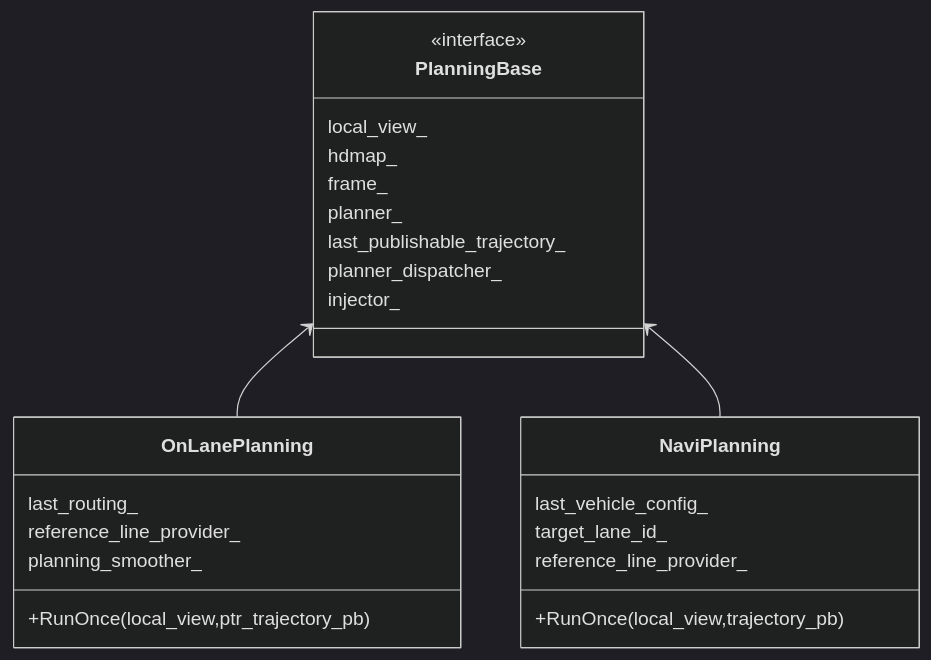
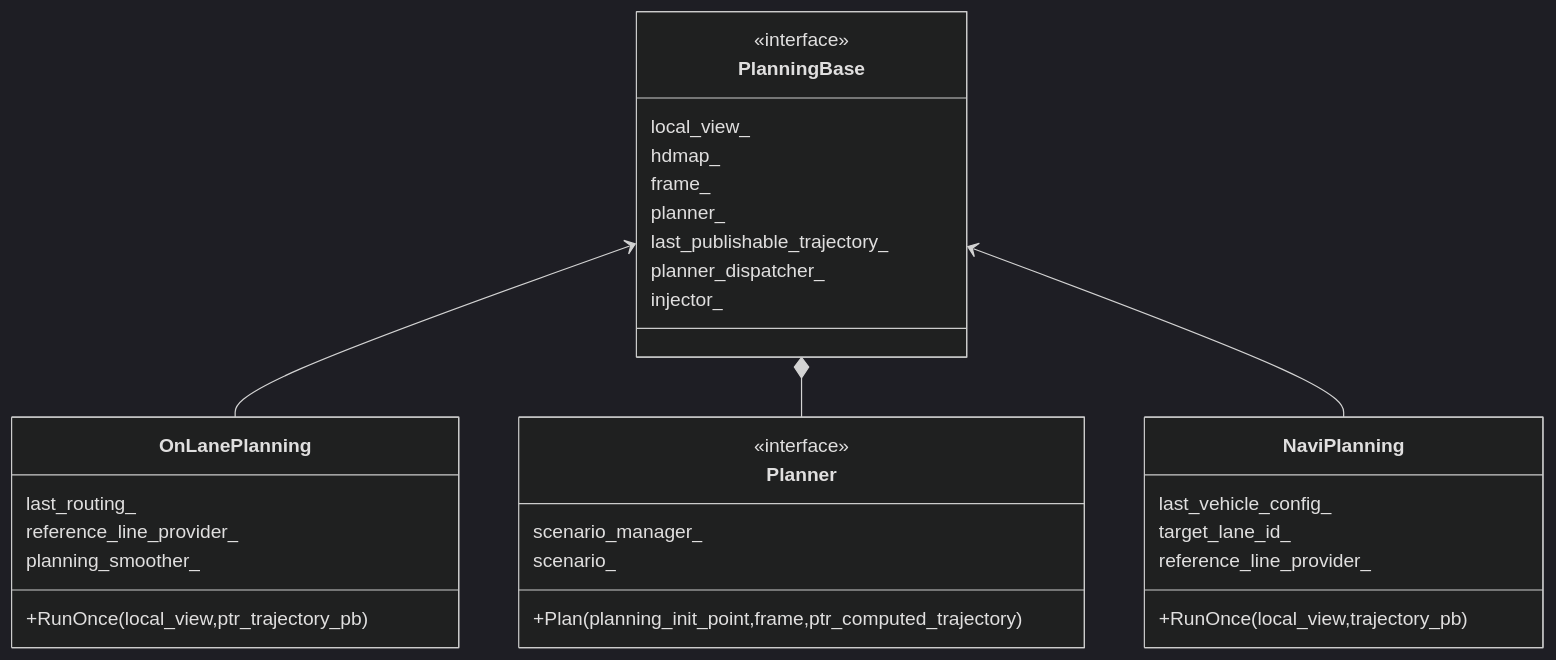
One commit to HaiYangLib/ApolloAnnotation changed the third of 7 diagrams in doc/planning/类图.md. Above: the diagram before and after it, drawn with Mermaid (dark theme). The commit also changed other lines of this file and 407 other files, not shown here.

````diff
--- a/doc/planning/类图.md
+++ b/doc/planning/类图.md
@@ -118,31 +118,40 @@
 ```mermaid
 classDiagram
 
 class PlanningBase{
 	<<interface>>
 	local_view_
 	hdmap_
 	frame_
 	planner_
 	last_publishable_trajectory_
 	planner_dispatcher_
 	injector_
 }
 
 PlanningBase<--OnLanePlanning
 class OnLanePlanning{
 	last_routing_
 	reference_line_provider_
 	planning_smoother_
 	+RunOnce(local_view,ptr_trajectory_pb)
 }
 
+PlanningBase*--Planner
+class Planner{
+	<<interface>>
+	scenario_manager_
+	scenario_
+	+Plan(planning_init_point,frame,ptr_computed_trajectory) 
+}
+
+
 PlanningBase<--NaviPlanning
 class NaviPlanning{
 	last_vehicle_config_
 	target_lane_id_
 	reference_line_provider_
 	+RunOnce(local_view,trajectory_pb)
 }
 
 ```
````
